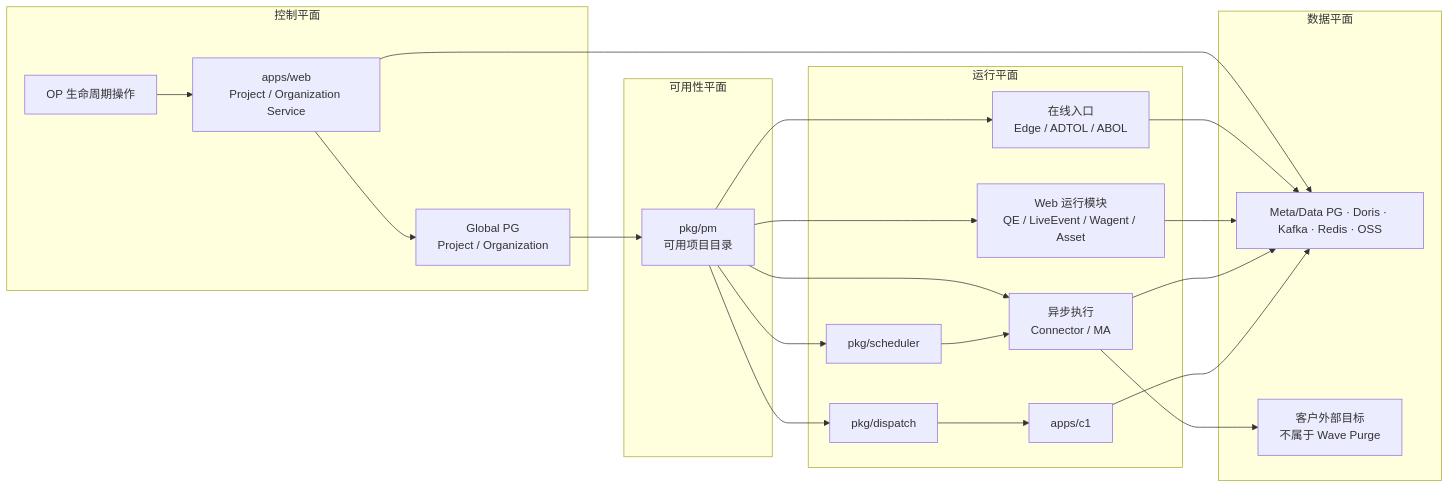
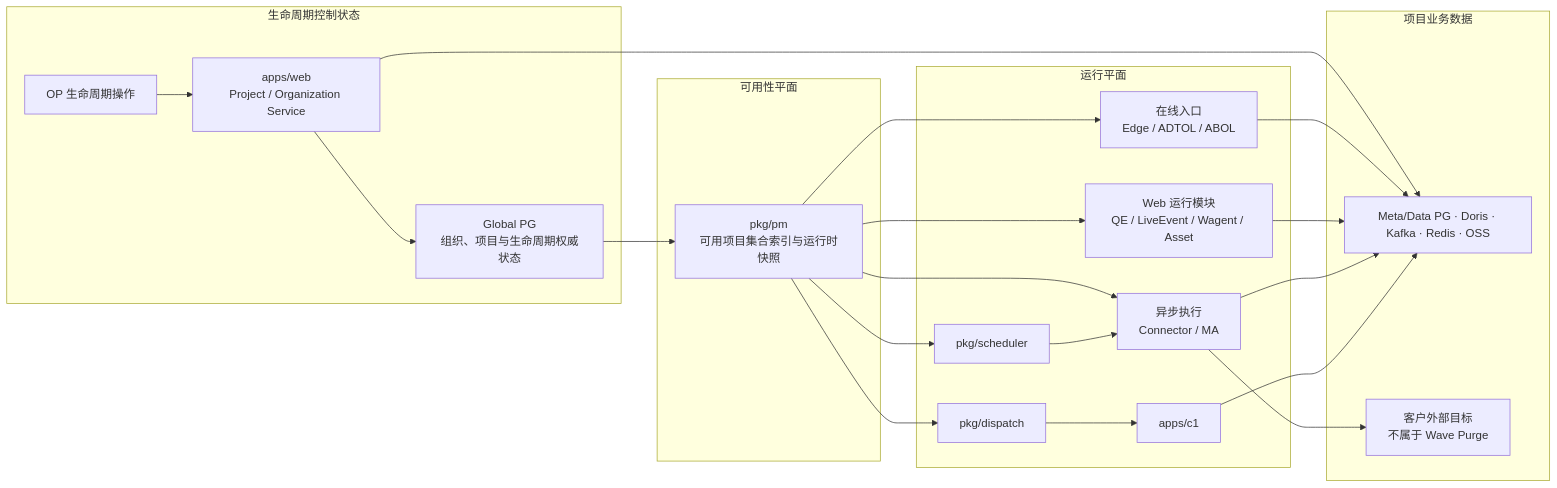
Before and after one commit to qinwenshiCH/workflow: the second of 23 diagrams in specs/20260716-Wave-Refac-OrganizationProjectLifecycle/04-detail.md, drawn with Mermaid. The commit also changed other lines of this file and 4 other files, not shown here.

````diff
--- a/specs/20260716-Wave-Refac-OrganizationProjectLifecycle/04-detail.md
+++ b/specs/20260716-Wave-Refac-OrganizationProjectLifecycle/04-detail.md
@@ -79,40 +88,40 @@
 ```mermaid
 flowchart LR
-    subgraph Control["控制平面"]
+    subgraph Control["生命周期控制状态"]
         OP["OP 生命周期操作"] --> WebCtl["apps/web<br/>Project / Organization Service"]
-        WebCtl --> Global["Global PG<br/>Project / Organization"]
+        WebCtl --> Global["Global PG<br/>组织、项目与生命周期权威状态"]
     end
 
     subgraph Availability["可用性平面"]
-        PM["pkg/pm<br/>可用项目目录"]
+        PM["pkg/pm<br/>可用项目集合索引与运行时快照"]
     end
 
     subgraph Runtime["运行平面"]
         Entry["在线入口<br/>Edge / ADTOL / ABOL"]
         WebRun["Web 运行模块<br/>QE / LiveEvent / Wagent / Asset"]
         Scheduler["pkg/scheduler"]
         Async["异步执行<br/>Connector / MA"]
         Dispatch["pkg/dispatch"]
         C1["apps/c1"]
     end
 
-    subgraph Data["数据平面"]
+    subgraph Data["项目业务数据"]
         Stores["Meta/Data PG · Doris · Kafka · Redis · OSS"]
         External["客户外部目标<br/>不属于 Wave Purge"]
     end
 
     Global --> PM
     PM --> Entry
     PM --> WebRun
     PM --> Scheduler
     PM --> Async
     PM --> Dispatch
     Scheduler --> Async
     Dispatch --> C1
     WebCtl --> Stores
     Entry --> Stores
     WebRun --> Stores
     Async --> Stores
     Async --> External
     C1 --> Stores
 ```
````
